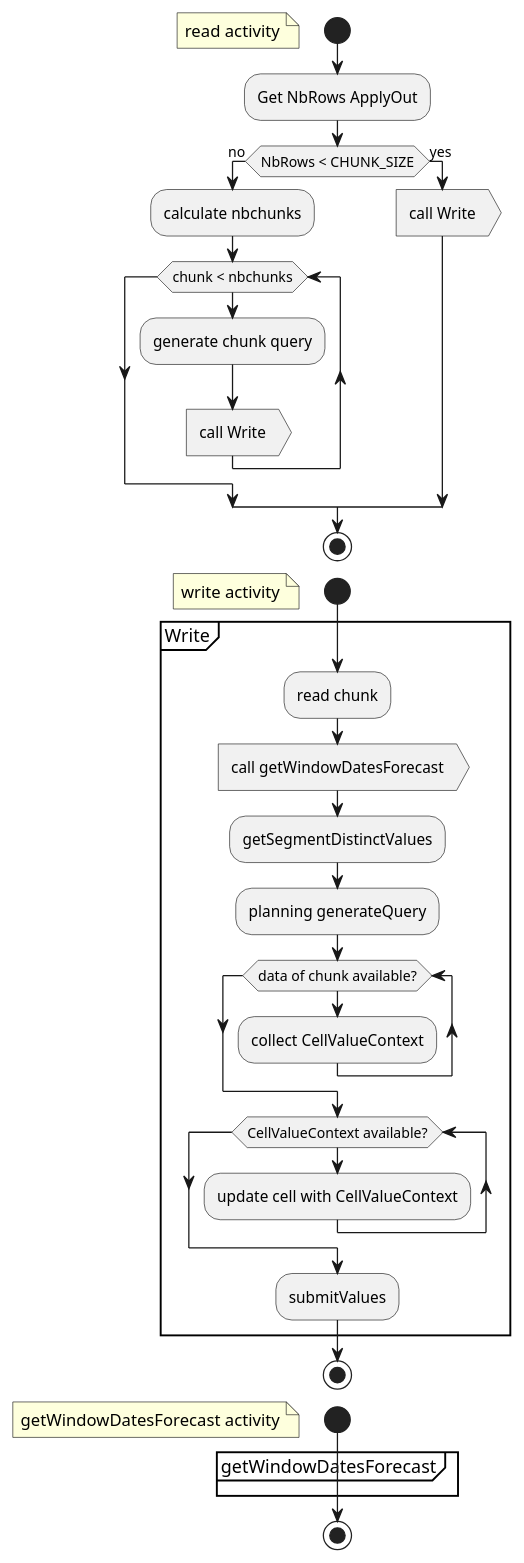
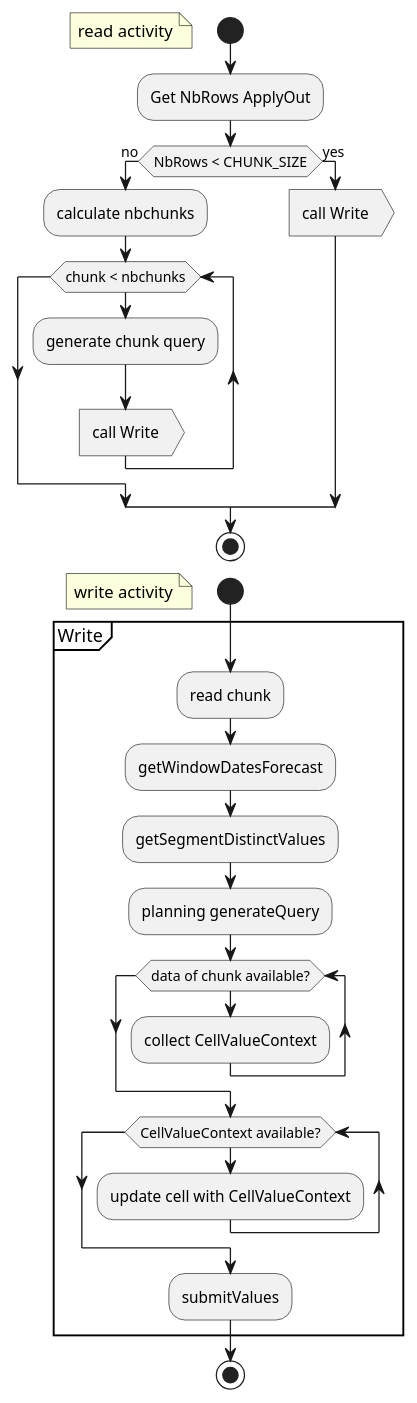
One commit to loutfinadir/uml changed the diagram in writeback_activity.wsd. Above: the diagram before and after it, drawn with PlantUML.

Commit message:
Update write activity

```diff
--- a/writeback_activity.wsd
+++ b/writeback_activity.wsd
@@ -1,43 +1,38 @@
 @startuml
 skinparam ConditionEndStyle hline
 start
 floating note left: read activity
 :Get NbRows ApplyOut;
 if (NbRows < CHUNK_SIZE) then (no)
   :calculate nbchunks;
   while (chunk < nbchunks)
     :generate chunk query;
     :call Write>
   endwhile
 else (yes)
   :call Write>
 endif
 
 stop
 
 start
 floating note left: write activity
 partition Write {
   :read chunk;
-  :call getWindowDatesForecast>
+  :getWindowDatesForecast;
   :getSegmentDistinctValues;
   :planning generateQuery;
   while (data of chunk available?)
     :collect CellValueContext;
   endwhile
 
   while (CellValueContext available?)
     :update cell with CellValueContext;
   endwhile
   :submitValues;
 
 }
 stop
-start
-floating note left: getWindowDatesForecast activity
-partition getWindowDatesForecast {
 
-}
-stop
 
 @enduml
```
